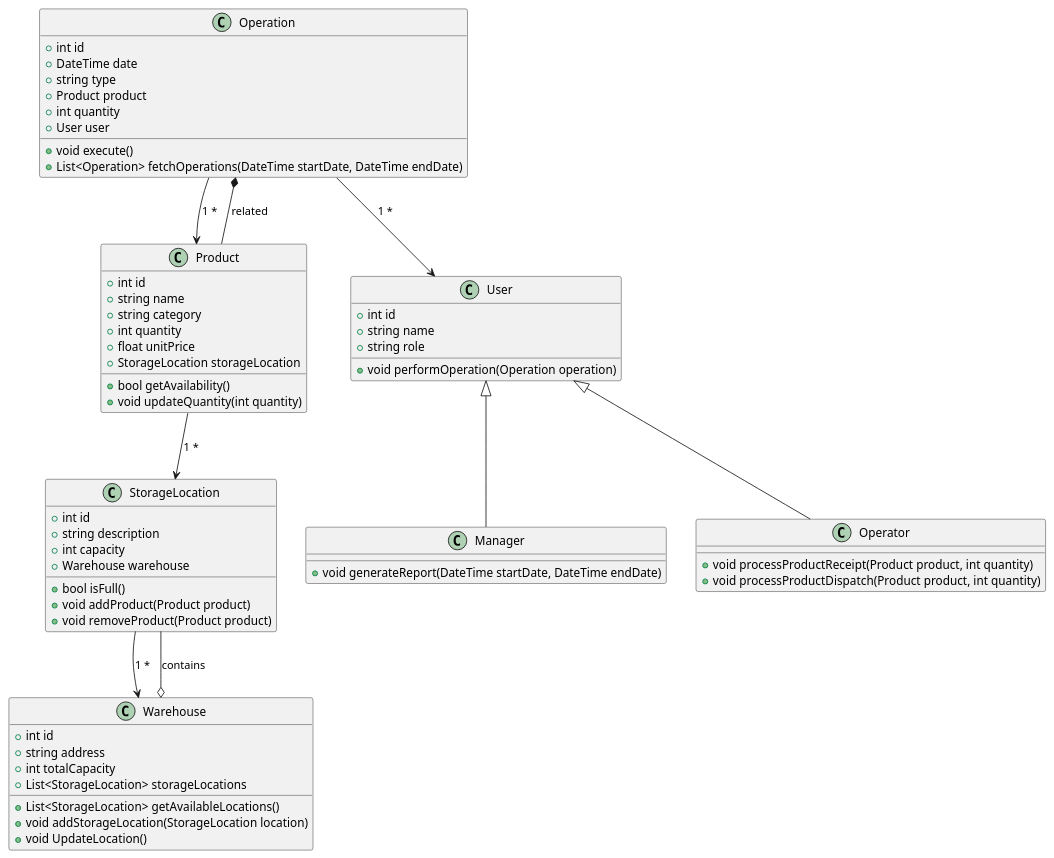
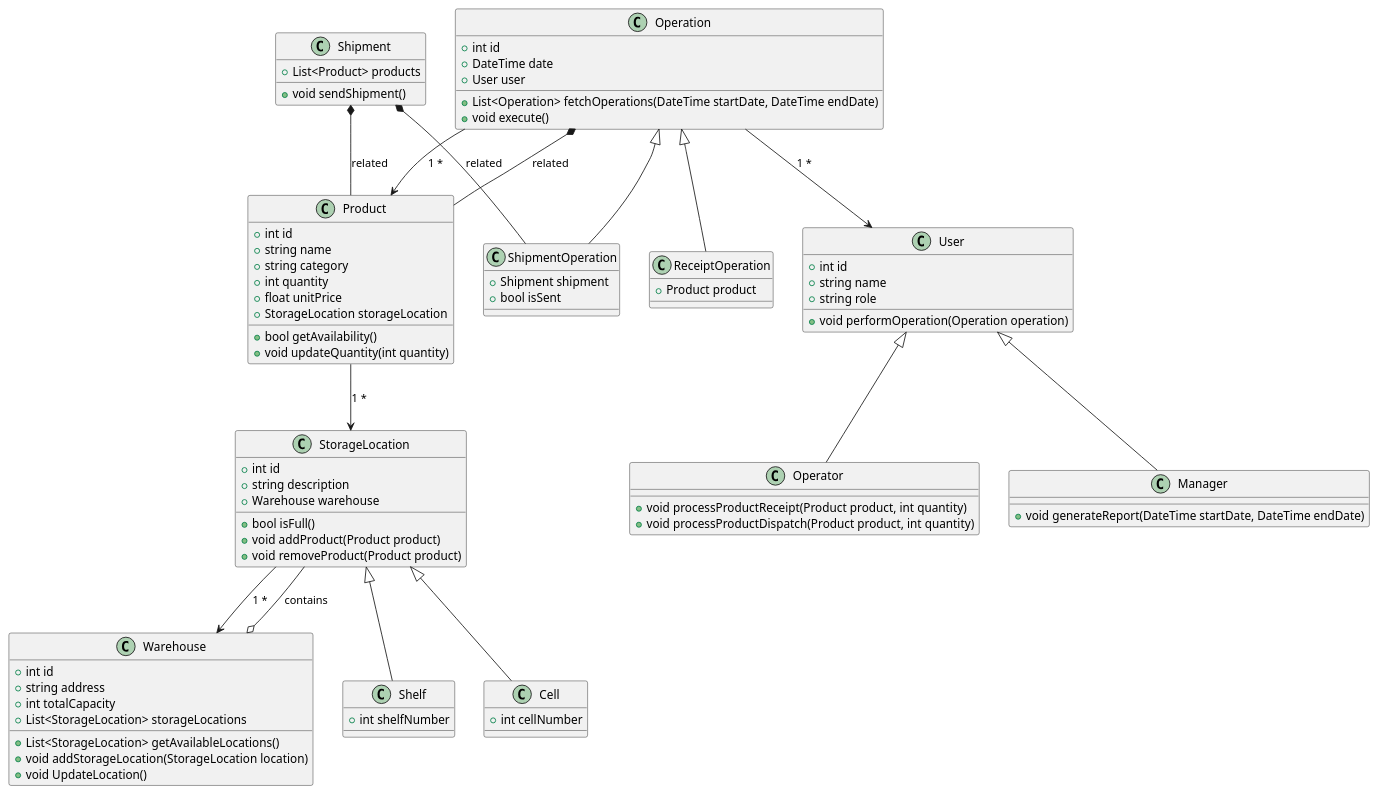
One commit to penamarth/bsbo-01-22_team6_var6 changed the diagram in Модель предметной области.md. Above: the diagram before and after it, drawn with PlantUML.

Commit message:
updated class diagrams

```diff
--- a/Модель предметной области.md
+++ b/Модель предметной области.md
@@ -15,7 +15,6 @@
 class StorageLocation {
     +int id
     +string description
-    +int capacity
     +Warehouse warehouse
     +bool isFull()
     +void addProduct(Product product)
@@ -35,18 +34,25 @@
 class Operation {
     +int id
     +DateTime date
-    +string type
+    +User user
+    +List<Operation> fetchOperations(DateTime startDate, DateTime endDate)
+    +void execute()
+}
+
+class ShipmentOperation{
+    +Shipment shipment
+    +bool isSent
+}
+
+class ReceiptOperation{
     +Product product
-    +int quantity
-    +User user
-    +void execute()
-    +List<Operation> fetchOperations(DateTime startDate, DateTime endDate)
 }
 
 class User {
     +int id
     +string name
     +string role
+
     +void performOperation(Operation operation)
 }
 
@@ -59,6 +65,20 @@
     +void processProductDispatch(Product product, int quantity)
 }
 
+class Shelf{
+    +int shelfNumber
+}
+
+class Cell{
+    +int cellNumber
+}
+
+class Shipment{
+    +List<Product> products
+    +void sendShipment()
+}
+
+
 ' Связи
 Product --> StorageLocation : "1 *"
 StorageLocation --> Warehouse : "1 *"
@@ -67,9 +87,19 @@
 User <|-- Manager
 User <|-- Operator
 
+StorageLocation <|-- Shelf
+StorageLocation <|-- Cell
+
+Operation <|-- ShipmentOperation
+Operation <|-- ReceiptOperation
+
 ' Агрегация и композиция
 Warehouse o-- StorageLocation : "contains"
 Operation *-- Product : "related"
+Shipment *-- Product : "related"
+
+Shipment *-- ShipmentOperation : "related"
+
 
 @enduml
 
```
